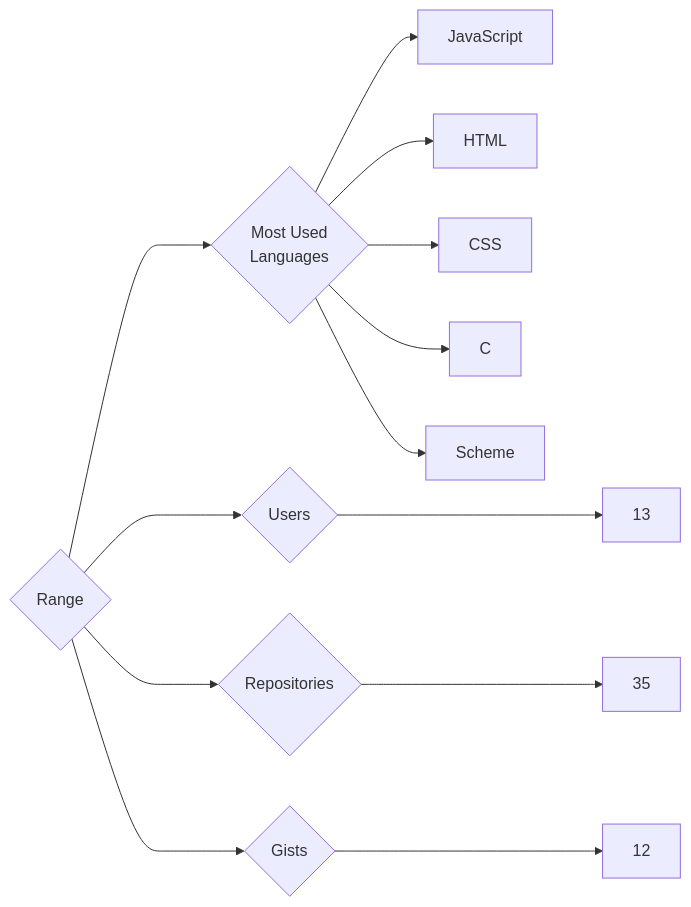
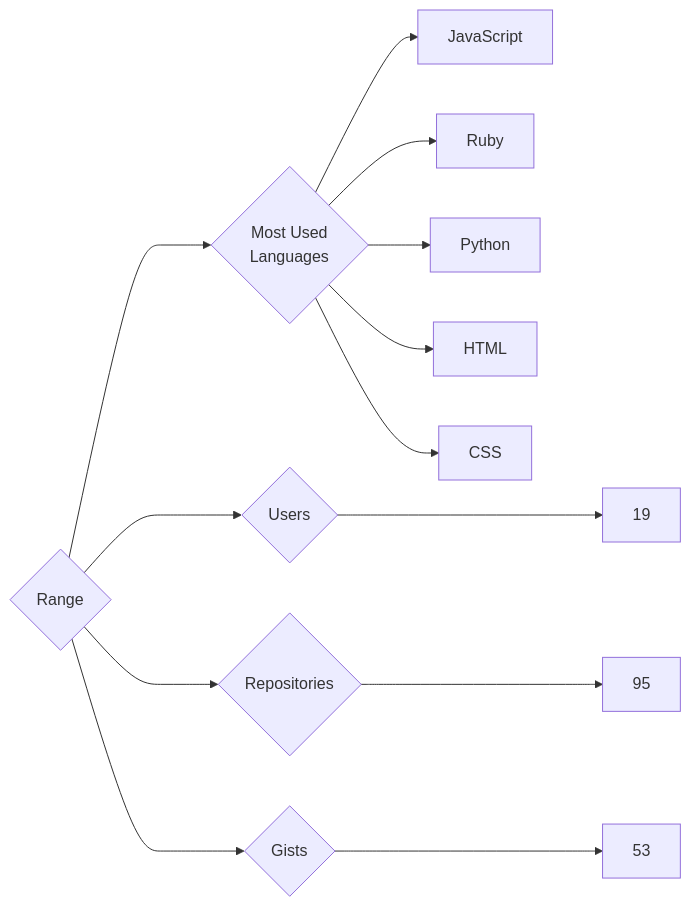
The diagram in targets/Range/README.md (trickest/insiders), drawn with Mermaid before and after one commit. The commit also changed 912 other files, not shown here.

````diff
--- a/targets/Range/README.md
+++ b/targets/Range/README.md
@@ -3,13 +3,13 @@
 ```mermaid
 graph LR
 COMPANY_NAME{Range}
-COMPANY_NAME ---> U{Users} ---> UN[13]
-COMPANY_NAME ---> R{Repositories} ---> RN[35]
-COMPANY_NAME ---> G{Gists} ---> GN[12]
+COMPANY_NAME ---> U{Users} ---> UN[19]
+COMPANY_NAME ---> R{Repositories} ---> RN[95]
+COMPANY_NAME ---> G{Gists} ---> GN[53]
 COMPANY_NAME ---> ML{Most Used<br>Languages}
 ML --> JavaScript[JavaScript]
+ML --> Ruby[Ruby]
+ML --> Python[Python]
 ML --> HTML[HTML]
 ML --> CSS[CSS]
-ML --> C[C]
-ML --> Scheme[Scheme]
 ```
````
